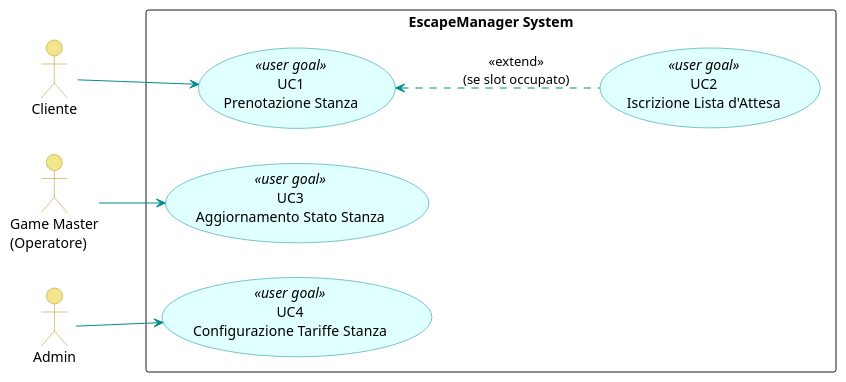
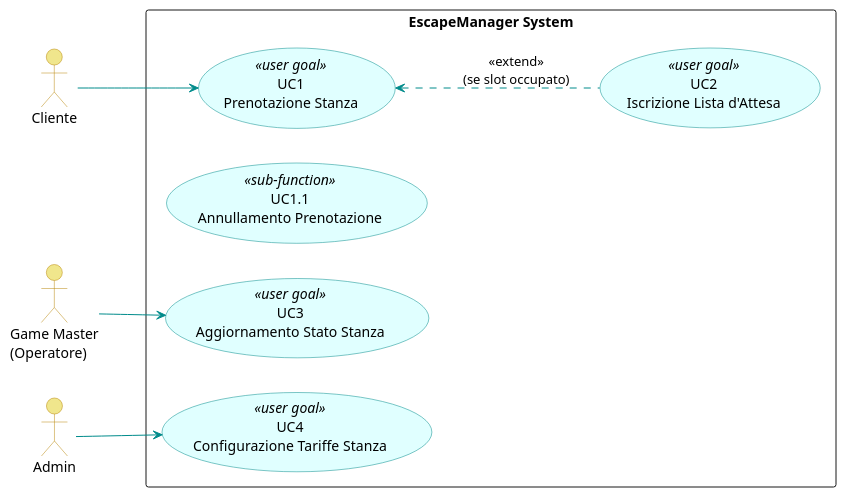
Before and after one commit to Adrycasta04/EscapeManager: the diagram in docs/UML/usecase_diagram.puml, drawn with PlantUML. The commit also changed 10 other files, not shown here.

```diff
--- a/docs/UML/usecase_diagram.puml
+++ b/docs/UML/usecase_diagram.puml
@@ -1,41 +1,42 @@
 @startuml usecase_diagram
 left to right direction
 skinparam packageStyle rectangle
 skinparam usecase {
     BackgroundColor LightCyan
     BorderColor DarkCyan
     ArrowColor DarkCyan
 }
 skinparam actor {
     BackgroundColor Khaki
     BorderColor DarkGoldenRod
 }
 
 actor "Cliente" as C
 actor "Game Master\n(Operatore)" as GM
 actor "Admin" as A
 
 rectangle "EscapeManager System" {
     
     ' --- Casi d'uso Cliente ---
     usecase "UC1\nPrenotazione Stanza" <<user goal>> as UC_C1
+    usecase "UC1.1\nAnnullamento Prenotazione" <<sub-function>> as UC_C1_1
     usecase "UC2\nIscrizione Lista d'Attesa" <<user goal>> as UC_C2
     
     ' --- Casi d'uso Game Master ---
     usecase "UC3\nAggiornamento Stato Stanza" <<user goal>> as UC_GM3
     
     ' --- Casi d'uso Admin ---
     usecase "UC4\nConfigurazione Tariffe Stanza" <<user goal>> as UC_A2
 }
 
 ' --- Relazioni Attori -> Casi d'uso ---
 C --> UC_C1
 
 GM --> UC_GM3
 
 A --> UC_A2
 
 ' --- Relazioni <<extend>> (Flussi alternativi/opzionali) ---
 UC_C2 .up.> UC_C1 : <<extend>>\n(se slot occupato)
 
 @enduml
```
